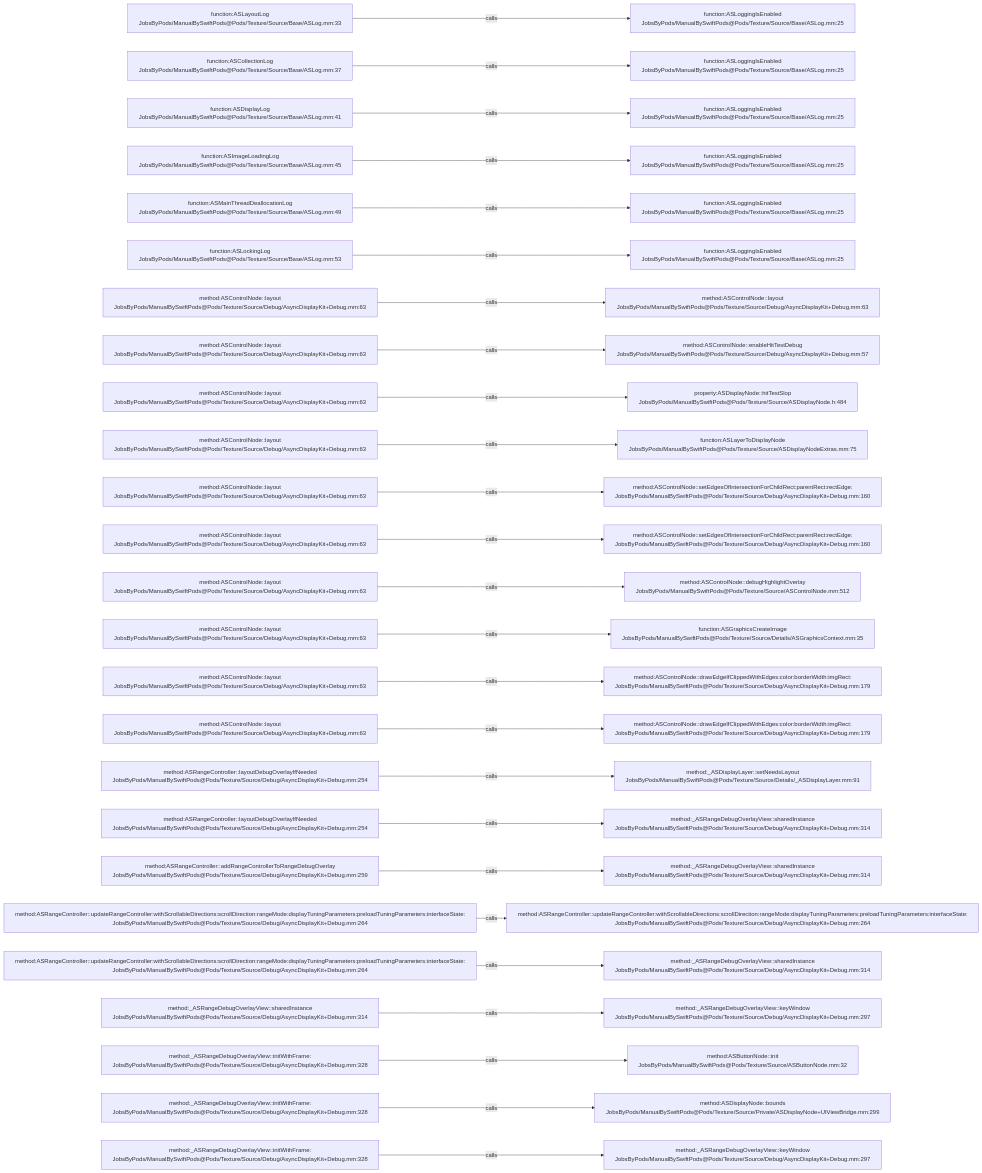
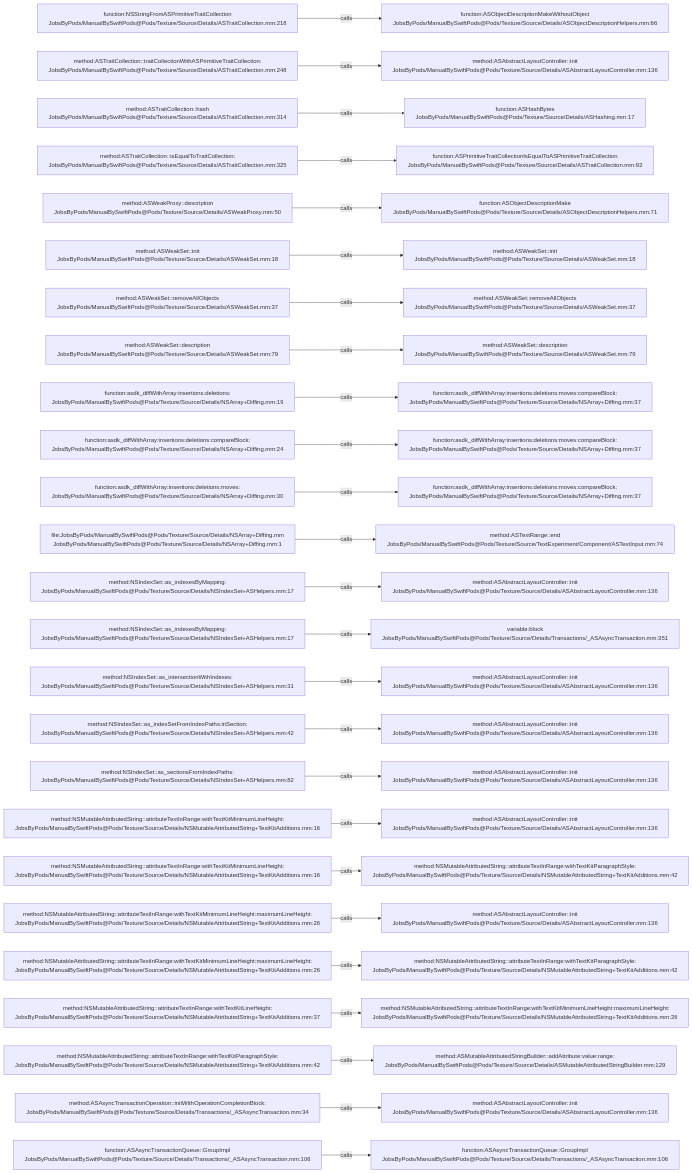
The diagram in .codegraph/codegraph.md/graphs/calls-098.md (JobsKits/JobsSwiftBaseConfigDemo), drawn with Mermaid before and after one commit. The commit also changed 832 other files, not shown here.

````diff
--- a/.codegraph/codegraph.md/graphs/calls-098.md
+++ b/.codegraph/codegraph.md/graphs/calls-098.md
@@ -13,78 +13,78 @@
 ```mermaid
 flowchart LR
-  S1["function:ASLayoutLog<br/>JobsByPods/ManualBySwiftPods@Pods/Texture/Source/Base/ASLog.mm:33"]
-  T1["function:ASLoggingIsEnabled<br/>JobsByPods/ManualBySwiftPods@Pods/Texture/Source/Base/ASLog.mm:25"]
+  S1["function:NSStringFromASPrimitiveTraitCollection<br/>JobsByPods/ManualBySwiftPods@Pods/Texture/Source/Details/ASTraitCollection.mm:218"]
+  T1["function:ASObjectDescriptionMakeWithoutObject<br/>JobsByPods/ManualBySwiftPods@Pods/Texture/Source/Details/ASObjectDescriptionHelpers.mm:66"]
   S1 -->|calls| T1
-  S2["function:ASCollectionLog<br/>JobsByPods/ManualBySwiftPods@Pods/Texture/Source/Base/ASLog.mm:37"]
-  T2["function:ASLoggingIsEnabled<br/>JobsByPods/ManualBySwiftPods@Pods/Texture/Source/Base/ASLog.mm:25"]
+  S2["method:ASTraitCollection::traitCollectionWithASPrimitiveTraitCollection:<br/>JobsByPods/ManualBySwiftPods@Pods/Texture/Source/Details/ASTraitCollection.mm:248"]
+  T2["method:ASAbstractLayoutController::init<br/>JobsByPods/ManualBySwiftPods@Pods/Texture/Source/Details/ASAbstractLayoutController.mm:136"]
   S2 -->|calls| T2
-  S3["function:ASDisplayLog<br/>JobsByPods/ManualBySwiftPods@Pods/Texture/Source/Base/ASLog.mm:41"]
-  T3["function:ASLoggingIsEnabled<br/>JobsByPods/ManualBySwiftPods@Pods/Texture/Source/Base/ASLog.mm:25"]
+  S3["method:ASTraitCollection::hash<br/>JobsByPods/ManualBySwiftPods@Pods/Texture/Source/Details/ASTraitCollection.mm:314"]
+  T3["function:ASHashBytes<br/>JobsByPods/ManualBySwiftPods@Pods/Texture/Source/Details/ASHashing.mm:17"]
   S3 -->|calls| T3
-  S4["function:ASImageLoadingLog<br/>JobsByPods/ManualBySwiftPods@Pods/Texture/Source/Base/ASLog.mm:45"]
-  T4["function:ASLoggingIsEnabled<br/>JobsByPods/ManualBySwiftPods@Pods/Texture/Source/Base/ASLog.mm:25"]
+  S4["method:ASTraitCollection::isEqualToTraitCollection:<br/>JobsByPods/ManualBySwiftPods@Pods/Texture/Source/Details/ASTraitCollection.mm:325"]
+  T4["function:ASPrimitiveTraitCollectionIsEqualToASPrimitiveTraitCollection<br/>JobsByPods/ManualBySwiftPods@Pods/Texture/Source/Details/ASTraitCollection.mm:92"]
   S4 -->|calls| T4
-  S5["function:ASMainThreadDeallocationLog<br/>JobsByPods/ManualBySwiftPods@Pods/Texture/Source/Base/ASLog.mm:49"]
-  T5["function:ASLoggingIsEnabled<br/>JobsByPods/ManualBySwiftPods@Pods/Texture/Source/Base/ASLog.mm:25"]
+  S5["method:ASWeakProxy::description<br/>JobsByPods/ManualBySwiftPods@Pods/Texture/Source/Details/ASWeakProxy.mm:50"]
+  T5["function:ASObjectDescriptionMake<br/>JobsByPods/ManualBySwiftPods@Pods/Texture/Source/Details/ASObjectDescriptionHelpers.mm:71"]
   S5 -->|calls| T5
-  S6["function:ASLockingLog<br/>JobsByPods/ManualBySwiftPods@Pods/Texture/Source/Base/ASLog.mm:53"]
-  T6["function:ASLoggingIsEnabled<br/>JobsByPods/ManualBySwiftPods@Pods/Texture/Source/Base/ASLog.mm:25"]
+  S6["method:ASWeakSet::init<br/>JobsByPods/ManualBySwiftPods@Pods/Texture/Source/Details/ASWeakSet.mm:18"]
+  T6["method:ASWeakSet::init<br/>JobsByPods/ManualBySwiftPods@Pods/Texture/Source/Details/ASWeakSet.mm:18"]
   S6 -->|calls| T6
-  S7["method:ASControlNode::layout<br/>JobsByPods/ManualBySwiftPods@Pods/Texture/Source/Debug/AsyncDisplayKit+Debug.mm:63"]
-  T7["method:ASControlNode::layout<br/>JobsByPods/ManualBySwiftPods@Pods/Texture/Source/Debug/AsyncDisplayKit+Debug.mm:63"]
+  S7["method:ASWeakSet::removeAllObjects<br/>JobsByPods/ManualBySwiftPods@Pods/Texture/Source/Details/ASWeakSet.mm:37"]
+  T7["method:ASWeakSet::removeAllObjects<br/>JobsByPods/ManualBySwiftPods@Pods/Texture/Source/Details/ASWeakSet.mm:37"]
   S7 -->|calls| T7
-  S8["method:ASControlNode::layout<br/>JobsByPods/ManualBySwiftPods@Pods/Texture/Source/Debug/AsyncDisplayKit+Debug.mm:63"]
-  T8["method:ASControlNode::enableHitTestDebug<br/>JobsByPods/ManualBySwiftPods@Pods/Texture/Source/Debug/AsyncDisplayKit+Debug.mm:57"]
+  S8["method:ASWeakSet::description<br/>JobsByPods/ManualBySwiftPods@Pods/Texture/Source/Details/ASWeakSet.mm:79"]
+  T8["method:ASWeakSet::description<br/>JobsByPods/ManualBySwiftPods@Pods/Texture/Source/Details/ASWeakSet.mm:79"]
   S8 -->|calls| T8
-  S9["method:ASControlNode::layout<br/>JobsByPods/ManualBySwiftPods@Pods/Texture/Source/Debug/AsyncDisplayKit+Debug.mm:63"]
-  T9["property:ASDisplayNode::hitTestSlop<br/>JobsByPods/ManualBySwiftPods@Pods/Texture/Source/ASDisplayNode.h:484"]
+  S9["function:asdk_diffWithArray:insertions:deletions:<br/>JobsByPods/ManualBySwiftPods@Pods/Texture/Source/Details/NSArray+Diffing.mm:19"]
+  T9["function:asdk_diffWithArray:insertions:deletions:moves:compareBlock:<br/>JobsByPods/ManualBySwiftPods@Pods/Texture/Source/Details/NSArray+Diffing.mm:37"]
   S9 -->|calls| T9
-  S10["method:ASControlNode::layout<br/>JobsByPods/ManualBySwiftPods@Pods/Texture/Source/Debug/AsyncDisplayKit+Debug.mm:63"]
-  T10["function:ASLayerToDisplayNode<br/>JobsByPods/ManualBySwiftPods@Pods/Texture/Source/ASDisplayNodeExtras.mm:75"]
+  S10["function:asdk_diffWithArray:insertions:deletions:compareBlock:<br/>JobsByPods/ManualBySwiftPods@Pods/Texture/Source/Details/NSArray+Diffing.mm:24"]
+  T10["function:asdk_diffWithArray:insertions:deletions:moves:compareBlock:<br/>JobsByPods/ManualBySwiftPods@Pods/Texture/Source/Details/NSArray+Diffing.mm:37"]
   S10 -->|calls| T10
-  S11["method:ASControlNode::layout<br/>JobsByPods/ManualBySwiftPods@Pods/Texture/Source/Debug/AsyncDisplayKit+Debug.mm:63"]
-  T11["method:ASControlNode::setEdgesOfIntersectionForChildRect:parentRect:rectEdge:<br/>JobsByPods/ManualBySwiftPods@Pods/Texture/Source/Debug/AsyncDisplayKit+Debug.mm:160"]
+  S11["function:asdk_diffWithArray:insertions:deletions:moves:<br/>JobsByPods/ManualBySwiftPods@Pods/Texture/Source/Details/NSArray+Diffing.mm:30"]
+  T11["function:asdk_diffWithArray:insertions:deletions:moves:compareBlock:<br/>JobsByPods/ManualBySwiftPods@Pods/Texture/Source/Details/NSArray+Diffing.mm:37"]
   S11 -->|calls| T11
-  S12["method:ASControlNode::layout<br/>JobsByPods/ManualBySwiftPods@Pods/Texture/Source/Debug/AsyncDisplayKit+Debug.mm:63"]
-  T12["method:ASControlNode::setEdgesOfIntersectionForChildRect:parentRect:rectEdge:<br/>JobsByPods/ManualBySwiftPods@Pods/Texture/Source/Debug/AsyncDisplayKit+Debug.mm:160"]
+  S12["file:JobsByPods/ManualBySwiftPods@Pods/Texture/Source/Details/NSArray+Diffing.mm<br/>JobsByPods/ManualBySwiftPods@Pods/Texture/Source/Details/NSArray+Diffing.mm:1"]
+  T12["method:ASTextRange::end<br/>JobsByPods/ManualBySwiftPods@Pods/Texture/Source/TextExperiment/Component/ASTextInput.mm:74"]
   S12 -->|calls| T12
-  S13["method:ASControlNode::layout<br/>JobsByPods/ManualBySwiftPods@Pods/Texture/Source/Debug/AsyncDisplayKit+Debug.mm:63"]
-  T13["method:ASControlNode::debugHighlightOverlay<br/>JobsByPods/ManualBySwiftPods@Pods/Texture/Source/ASControlNode.mm:512"]
+  S13["method:NSIndexSet::as_indexesByMapping:<br/>JobsByPods/ManualBySwiftPods@Pods/Texture/Source/Details/NSIndexSet+ASHelpers.mm:17"]
+  T13["method:ASAbstractLayoutController::init<br/>JobsByPods/ManualBySwiftPods@Pods/Texture/Source/Details/ASAbstractLayoutController.mm:136"]
   S13 -->|calls| T13
-  S14["method:ASControlNode::layout<br/>JobsByPods/ManualBySwiftPods@Pods/Texture/Source/Debug/AsyncDisplayKit+Debug.mm:63"]
-  T14["function:ASGraphicsCreateImage<br/>JobsByPods/ManualBySwiftPods@Pods/Texture/Source/Details/ASGraphicsContext.mm:35"]
+  S14["method:NSIndexSet::as_indexesByMapping:<br/>JobsByPods/ManualBySwiftPods@Pods/Texture/Source/Details/NSIndexSet+ASHelpers.mm:17"]
+  T14["variable:block<br/>JobsByPods/ManualBySwiftPods@Pods/Texture/Source/Details/Transactions/_ASAsyncTransaction.mm:351"]
   S14 -->|calls| T14
-  S15["method:ASControlNode::layout<br/>JobsByPods/ManualBySwiftPods@Pods/Texture/Source/Debug/AsyncDisplayKit+Debug.mm:63"]
-  T15["method:ASControlNode::drawEdgeIfClippedWithEdges:color:borderWidth:imgRect:<br/>JobsByPods/ManualBySwiftPods@Pods/Texture/Source/Debug/AsyncDisplayKit+Debug.mm:179"]
+  S15["method:NSIndexSet::as_intersectionWithIndexes:<br/>JobsByPods/ManualBySwiftPods@Pods/Texture/Source/Details/NSIndexSet+ASHelpers.mm:31"]
+  T15["method:ASAbstractLayoutController::init<br/>JobsByPods/ManualBySwiftPods@Pods/Texture/Source/Details/ASAbstractLayoutController.mm:136"]
   S15 -->|calls| T15
-  S16["method:ASControlNode::layout<br/>JobsByPods/ManualBySwiftPods@Pods/Texture/Source/Debug/AsyncDisplayKit+Debug.mm:63"]
-  T16["method:ASControlNode::drawEdgeIfClippedWithEdges:color:borderWidth:imgRect:<br/>JobsByPods/ManualBySwiftPods@Pods/Texture/Source/Debug/AsyncDisplayKit+Debug.mm:179"]
+  S16["method:NSIndexSet::as_indexSetFromIndexPaths:inSection:<br/>JobsByPods/ManualBySwiftPods@Pods/Texture/Source/Details/NSIndexSet+ASHelpers.mm:42"]
+  T16["method:ASAbstractLayoutController::init<br/>JobsByPods/ManualBySwiftPods@Pods/Texture/Source/Details/ASAbstractLayoutController.mm:136"]
   S16 -->|calls| T16
-  S17["method:ASRangeController::layoutDebugOverlayIfNeeded<br/>JobsByPods/ManualBySwiftPods@Pods/Texture/Source/Debug/AsyncDisplayKit+Debug.mm:254"]
-  T17["method:_ASDisplayLayer::setNeedsLayout<br/>JobsByPods/ManualBySwiftPods@Pods/Texture/Source/Details/_ASDisplayLayer.mm:91"]
+  S17["method:NSIndexSet::as_sectionsFromIndexPaths:<br/>JobsByPods/ManualBySwiftPods@Pods/Texture/Source/Details/NSIndexSet+ASHelpers.mm:82"]
+  T17["method:ASAbstractLayoutController::init<br/>JobsByPods/ManualBySwiftPods@Pods/Texture/Source/Details/ASAbstractLayoutController.mm:136"]
   S17 -->|calls| T17
-  S18["method:ASRangeController::layoutDebugOverlayIfNeeded<br/>JobsByPods/ManualBySwiftPods@Pods/Texture/Source/Debug/AsyncDisplayKit+Debug.mm:254"]
-  T18["method:_ASRangeDebugOverlayView::sharedInstance<br/>JobsByPods/ManualBySwiftPods@Pods/Texture/Source/Debug/AsyncDisplayKit+Debug.mm:314"]
+  S18["method:NSMutableAttributedString::attributeTextInRange:withTextKitMinimumLineHeight:<br/>JobsByPods/ManualBySwiftPods@Pods/Texture/Source/Details/NSMutableAttributedString+TextKitAdditions.mm:16"]
+  T18["method:ASAbstractLayoutController::init<br/>JobsByPods/ManualBySwiftPods@Pods/Texture/Source/Details/ASAbstractLayoutController.mm:136"]
   S18 -->|calls| T18
-  S19["method:ASRangeController::addRangeControllerToRangeDebugOverlay<br/>JobsByPods/ManualBySwiftPods@Pods/Texture/Source/Debug/AsyncDisplayKit+Debug.mm:259"]
-  T19["method:_ASRangeDebugOverlayView::sharedInstance<br/>JobsByPods/ManualBySwiftPods@Pods/Texture/Source/Debug/AsyncDisplayKit+Debug.mm:314"]
+  S19["method:NSMutableAttributedString::attributeTextInRange:withTextKitMinimumLineHeight:<br/>JobsByPods/ManualBySwiftPods@Pods/Texture/Source/Details/NSMutableAttributedString+TextKitAdditions.mm:16"]
+  T19["method:NSMutableAttributedString::attributeTextInRange:withTextKitParagraphStyle:<br/>JobsByPods/ManualBySwiftPods@Pods/Texture/Source/Details/NSMutableAttributedString+TextKitAdditions.mm:42"]
   S19 -->|calls| T19
-  S20["method:ASRangeController::updateRangeController:withScrollableDirections:scrollDirection:rangeMode:displayTuningParameters:preloadTuningParameters:interfaceState:<br/>JobsByPods/ManualBySwiftPods@Pods/Texture/Source/Debug/AsyncDisplayKit+Debug.mm:264"]
-  T20["method:ASRangeController::updateRangeController:withScrollableDirections:scrollDirection:rangeMode:displayTuningParameters:preloadTuningParameters:interfaceState:<br/>JobsByPods/ManualBySwiftPods@Pods/Texture/Source/Debug/AsyncDisplayKit+Debug.mm:264"]
+  S20["method:NSMutableAttributedString::attributeTextInRange:withTextKitMinimumLineHeight:maximumLineHeight:<br/>JobsByPods/ManualBySwiftPods@Pods/Texture/Source/Details/NSMutableAttributedString+TextKitAdditions.mm:26"]
+  T20["method:ASAbstractLayoutController::init<br/>JobsByPods/ManualBySwiftPods@Pods/Texture/Source/Details/ASAbstractLayoutController.mm:136"]
   S20 -->|calls| T20
-  S21["method:ASRangeController::updateRangeController:withScrollableDirections:scrollDirection:rangeMode:displayTuningParameters:preloadTuningParameters:interfaceState:<br/>JobsByPods/ManualBySwiftPods@Pods/Texture/Source/Debug/AsyncDisplayKit+Debug.mm:264"]
-  T21["method:_ASRangeDebugOverlayView::sharedInstance<br/>JobsByPods/ManualBySwiftPods@Pods/Texture/Source/Debug/AsyncDisplayKit+Debug.mm:314"]
+  S21["method:NSMutableAttributedString::attributeTextInRange:withTextKitMinimumLineHeight:maximumLineHeight:<br/>JobsByPods/ManualBySwiftPods@Pods/Texture/Source/Details/NSMutableAttributedString+TextKitAdditions.mm:26"]
+  T21["method:NSMutableAttributedString::attributeTextInRange:withTextKitParagraphStyle:<br/>JobsByPods/ManualBySwiftPods@Pods/Texture/Source/Details/NSMutableAttributedString+TextKitAdditions.mm:42"]
   S21 -->|calls| T21
-  S22["method:_ASRangeDebugOverlayView::sharedInstance<br/>JobsByPods/ManualBySwiftPods@Pods/Texture/Source/Debug/AsyncDisplayKit+Debug.mm:314"]
-  T22["method:_ASRangeDebugOverlayView::keyWindow<br/>JobsByPods/ManualBySwiftPods@Pods/Texture/Source/Debug/AsyncDisplayKit+Debug.mm:297"]
+  S22["method:NSMutableAttributedString::attributeTextInRange:withTextKitLineHeight:<br/>JobsByPods/ManualBySwiftPods@Pods/Texture/Source/Details/NSMutableAttributedString+TextKitAdditions.mm:37"]
+  T22["method:NSMutableAttributedString::attributeTextInRange:withTextKitMinimumLineHeight:maximumLineHeight:<br/>JobsByPods/ManualBySwiftPods@Pods/Texture/Source/Details/NSMutableAttributedString+TextKitAdditions.mm:26"]
   S22 -->|calls| T22
-  S23["method:_ASRangeDebugOverlayView::initWithFrame:<br/>JobsByPods/ManualBySwiftPods@Pods/Texture/Source/Debug/AsyncDisplayKit+Debug.mm:328"]
-  T23["method:ASButtonNode::init<br/>JobsByPods/ManualBySwiftPods@Pods/Texture/Source/ASButtonNode.mm:32"]
+  S23["method:NSMutableAttributedString::attributeTextInRange:withTextKitParagraphStyle:<br/>JobsByPods/ManualBySwiftPods@Pods/Texture/Source/Details/NSMutableAttributedString+TextKitAdditions.mm:42"]
+  T23["method:ASMutableAttributedStringBuilder::addAttribute:value:range:<br/>JobsByPods/ManualBySwiftPods@Pods/Texture/Source/Details/ASMutableAttributedStringBuilder.mm:129"]
   S23 -->|calls| T23
-  S24["method:_ASRangeDebugOverlayView::initWithFrame:<br/>JobsByPods/ManualBySwiftPods@Pods/Texture/Source/Debug/AsyncDisplayKit+Debug.mm:328"]
-  T24["method:ASDisplayNode::bounds<br/>JobsByPods/ManualBySwiftPods@Pods/Texture/Source/Private/ASDisplayNode+UIViewBridge.mm:299"]
+  S24["method:ASAsyncTransactionOperation::initWithOperationCompletionBlock:<br/>JobsByPods/ManualBySwiftPods@Pods/Texture/Source/Details/Transactions/_ASAsyncTransaction.mm:34"]
+  T24["method:ASAbstractLayoutController::init<br/>JobsByPods/ManualBySwiftPods@Pods/Texture/Source/Details/ASAbstractLayoutController.mm:136"]
   S24 -->|calls| T24
-  S25["method:_ASRangeDebugOverlayView::initWithFrame:<br/>JobsByPods/ManualBySwiftPods@Pods/Texture/Source/Debug/AsyncDisplayKit+Debug.mm:328"]
-  T25["method:_ASRangeDebugOverlayView::keyWindow<br/>JobsByPods/ManualBySwiftPods@Pods/Texture/Source/Debug/AsyncDisplayKit+Debug.mm:297"]
+  S25["function:ASAsyncTransactionQueue::GroupImpl<br/>JobsByPods/ManualBySwiftPods@Pods/Texture/Source/Details/Transactions/_ASAsyncTransaction.mm:106"]
+  T25["function:ASAsyncTransactionQueue::GroupImpl<br/>JobsByPods/ManualBySwiftPods@Pods/Texture/Source/Details/Transactions/_ASAsyncTransaction.mm:106"]
   S25 -->|calls| T25
 ```
````
